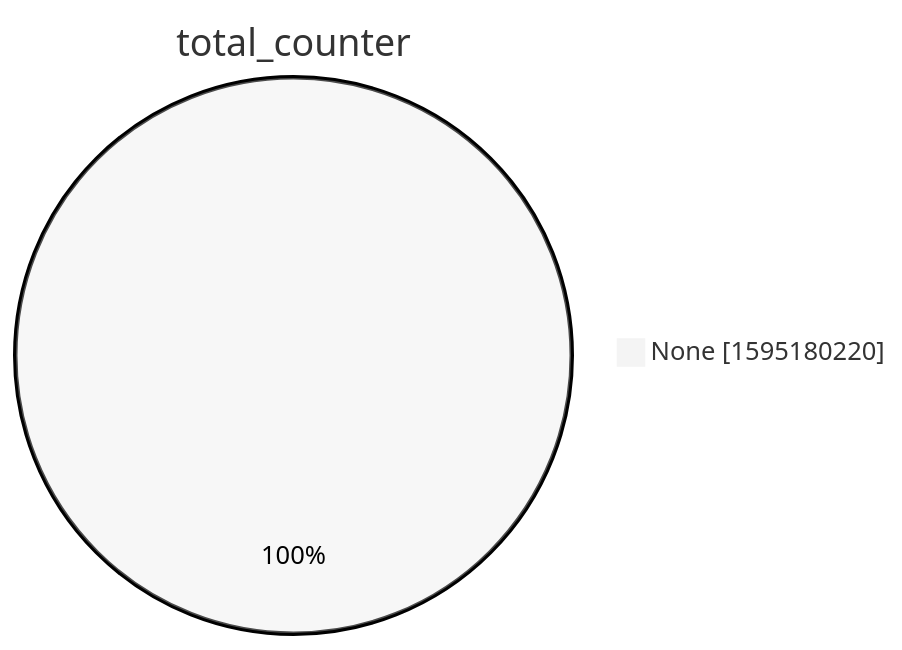
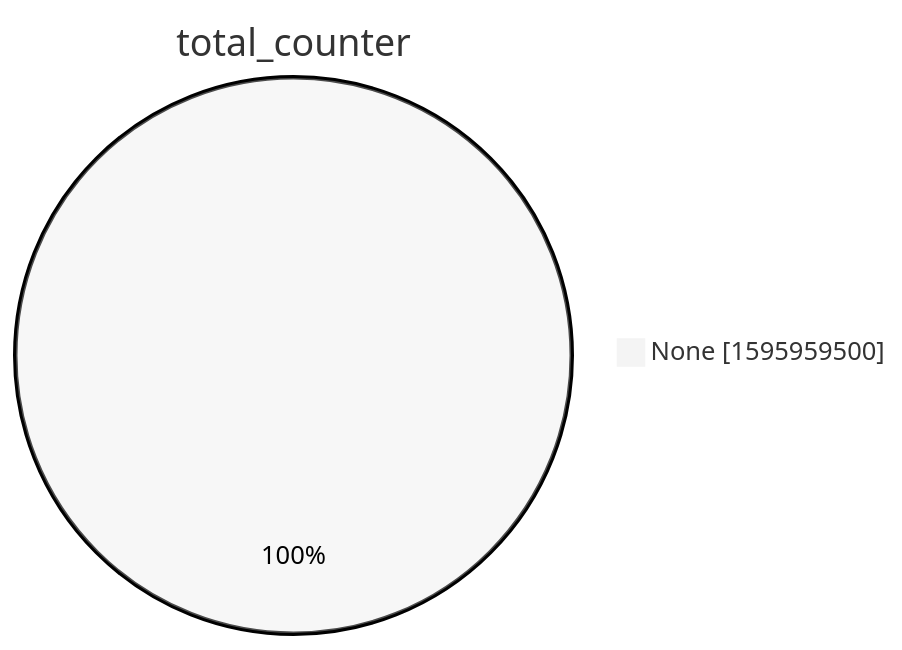
Before and after one commit to christiankrug/ctmonitor_visualization: the second of 15 diagrams in xenon2022/README.md, drawn with Mermaid (neutral theme). The commit also changed other lines of this file, not shown here.

````diff
--- a/xenon2022/README.md
+++ b/xenon2022/README.md
@@ -9,5 +9,5 @@
 ```mermaid
 pie showData
 title total_counter
-"None" :1595180220
+"None" :1595959500
 ```
````
